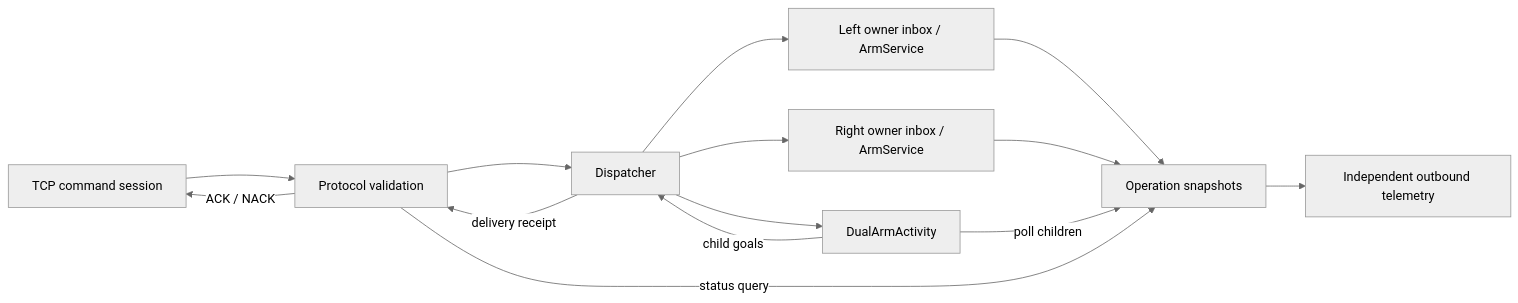
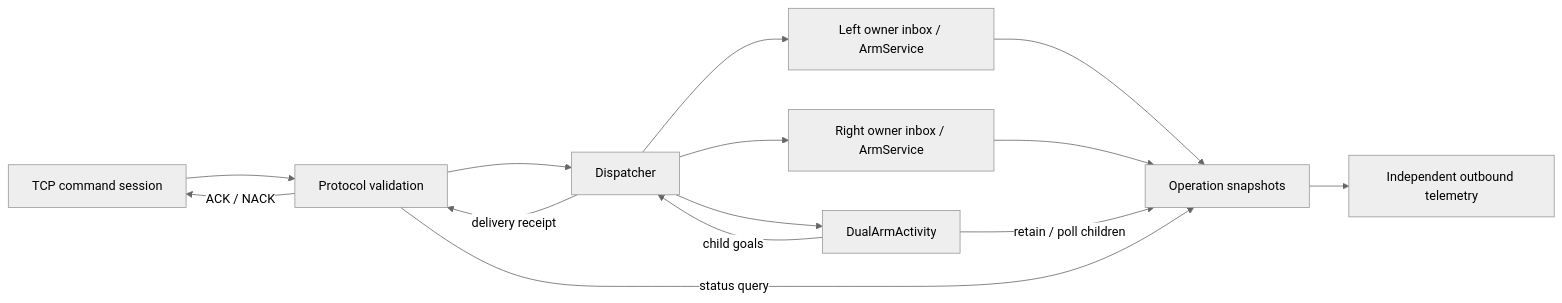
One commit to ilyxas/litu_raven changed the diagram in ESP/raven/docs/rnd-runtime.md. Above: the diagram before and after it, drawn with Mermaid (neutral theme). The commit also changed other lines of this file and 8 other files, not shown here.

````diff
--- a/ESP/raven/docs/rnd-runtime.md
+++ b/ESP/raven/docs/rnd-runtime.md
@@ -7,16 +7,16 @@
 ```mermaid
 flowchart LR
   TCP[TCP command session] --> Protocol[Protocol validation]
   Protocol --> Dispatcher
   Dispatcher -->|delivery receipt| Protocol
   Protocol -->|ACK / NACK| TCP
   Dispatcher --> Left[Left owner inbox / ArmService]
   Dispatcher --> Right[Right owner inbox / ArmService]
   Dispatcher --> Activity[DualArmActivity]
   Activity -->|child goals| Dispatcher
   Left --> State[Operation snapshots]
   Right --> State
-  Activity -->|poll children| State
+  Activity -->|retain / poll children| State
   State --> Telemetry[Independent outbound telemetry]
   Protocol -->|status query| State
 ```
````
